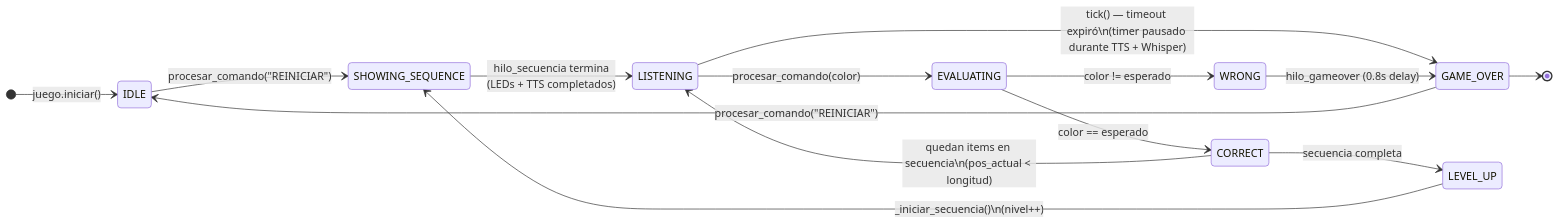
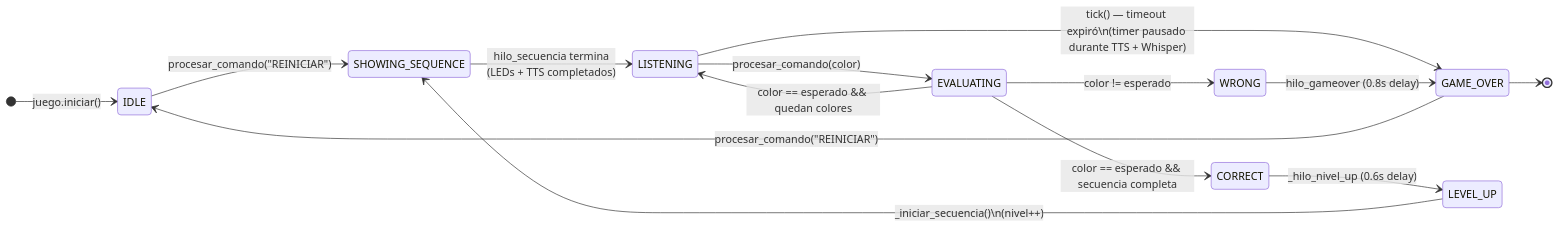
Before and after one commit to Leonard-ssj/simon-dice-por-voz: the second of 5 diagrams in docs/arquitectura_flujo.md, drawn with Mermaid. The commit also changed other lines of this file and 10 other files, not shown here.

````diff
--- a/docs/arquitectura_flujo.md
+++ b/docs/arquitectura_flujo.md
@@ -98,24 +106,24 @@
 ```mermaid
 stateDiagram-v2
     direction LR
     [*] --> IDLE : juego.iniciar()
 
     IDLE --> SHOWING_SEQUENCE : procesar_comando("REINICIAR")
 
     SHOWING_SEQUENCE --> LISTENING : hilo_secuencia termina<br/>(LEDs + TTS completados)
 
     LISTENING --> EVALUATING : procesar_comando(color)
     LISTENING --> GAME_OVER : tick() — timeout expiró\n(timer pausado durante TTS + Whisper)
 
-    EVALUATING --> CORRECT : color == esperado
+    EVALUATING --> CORRECT : color == esperado && secuencia completa
+    EVALUATING --> LISTENING : color == esperado && quedan colores
     EVALUATING --> WRONG : color != esperado
 
-    CORRECT --> LISTENING : quedan items en secuencia\n(pos_actual < longitud)
-    CORRECT --> LEVEL_UP : secuencia completa
+    CORRECT --> LEVEL_UP : _hilo_nivel_up (0.6s delay)
 
     LEVEL_UP --> SHOWING_SEQUENCE : _iniciar_secuencia()\n(nivel++)
 
     WRONG --> GAME_OVER : hilo_gameover (0.8s delay)
     GAME_OVER --> IDLE : procesar_comando("REINICIAR")
     GAME_OVER --> [*]
 ```
````
